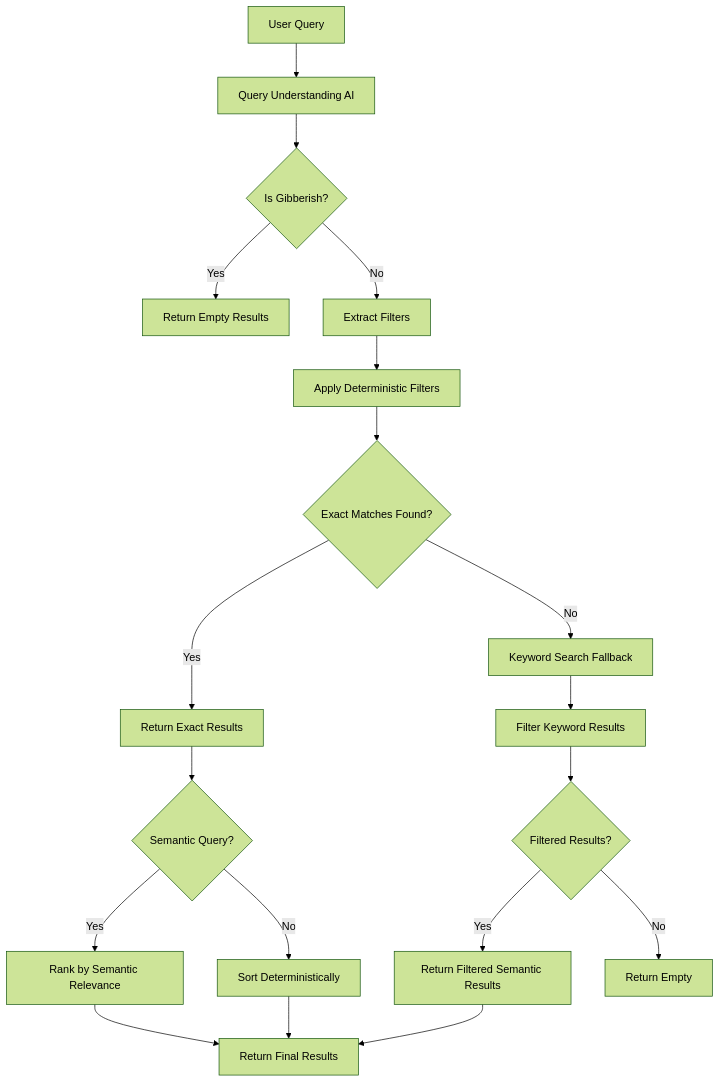
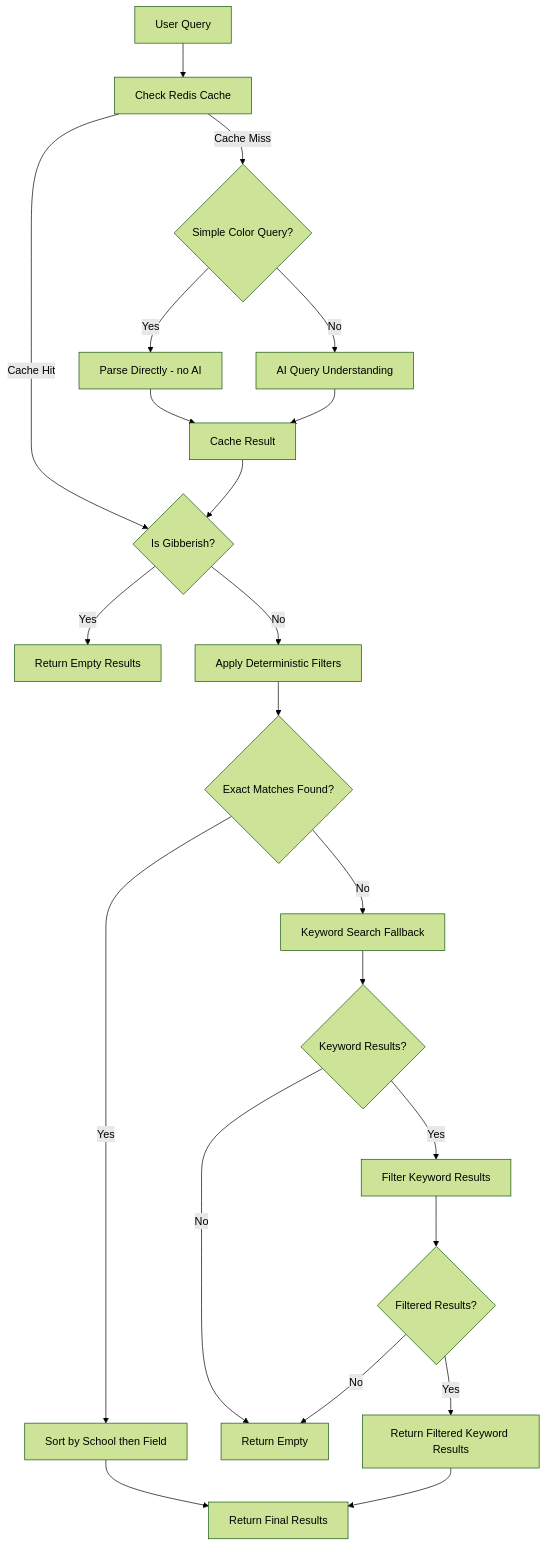
The diagram in README.md (valtterisa/haalarikone-fi), drawn with Mermaid (forest theme) before and after one commit. The commit also changed other lines of this file, not shown here.

Commit message:
Fix README search architecture to match actual implementation
Agent-Logs-Url: https://github.com/valtterisa/haalarikone-fi/sessions/0cd22055-5a8d-43fd-8e45-75bd98a65b42

````diff
--- a/README.md
+++ b/README.md
@@ -98,21 +98,24 @@
 ```mermaid
 flowchart TD
-    A[User Query] --> B[Query Understanding AI]
-    B --> C{Is Gibberish?}
-    C -->|Yes| D[Return Empty Results]
-    C -->|No| E[Extract Filters]
-    E --> F[Apply Deterministic Filters]
-    F --> G{Exact Matches Found?}
-    G -->|Yes| H[Return Exact Results]
-    G -->|No| I[Keyword Search Fallback]
-    I --> J[Filter Keyword Results]
-    J --> K{Filtered Results?}
-    K -->|Yes| L[Return Filtered Semantic Results]
-    K -->|No| M[Return Empty]
-    H --> N{Semantic Query?}
-    N -->|Yes| O[Rank by Semantic Relevance]
-    N -->|No| P[Sort Deterministically]
-    O --> Q[Return Final Results]
-    P --> Q
-    L --> Q
+    A[User Query] --> B[Check Redis Cache]
+    B -->|Cache Hit| G
+    B -->|Cache Miss| C{Simple Color Query?}
+    C -->|Yes| D[Parse Directly - no AI]
+    C -->|No| E[AI Query Understanding]
+    D --> F[Cache Result]
+    E --> F
+    F --> G{Is Gibberish?}
+    G -->|Yes| H[Return Empty Results]
+    G -->|No| I[Apply Deterministic Filters]
+    I --> J{Exact Matches Found?}
+    J -->|Yes| K[Sort by School then Field]
+    K --> L[Return Final Results]
+    J -->|No| M[Keyword Search Fallback]
+    M --> N{Keyword Results?}
+    N -->|No| O[Return Empty]
+    N -->|Yes| P[Filter Keyword Results]
+    P --> Q{Filtered Results?}
+    Q -->|Yes| R[Return Filtered Keyword Results]
+    Q -->|No| O
+    R --> L
 ```
````
